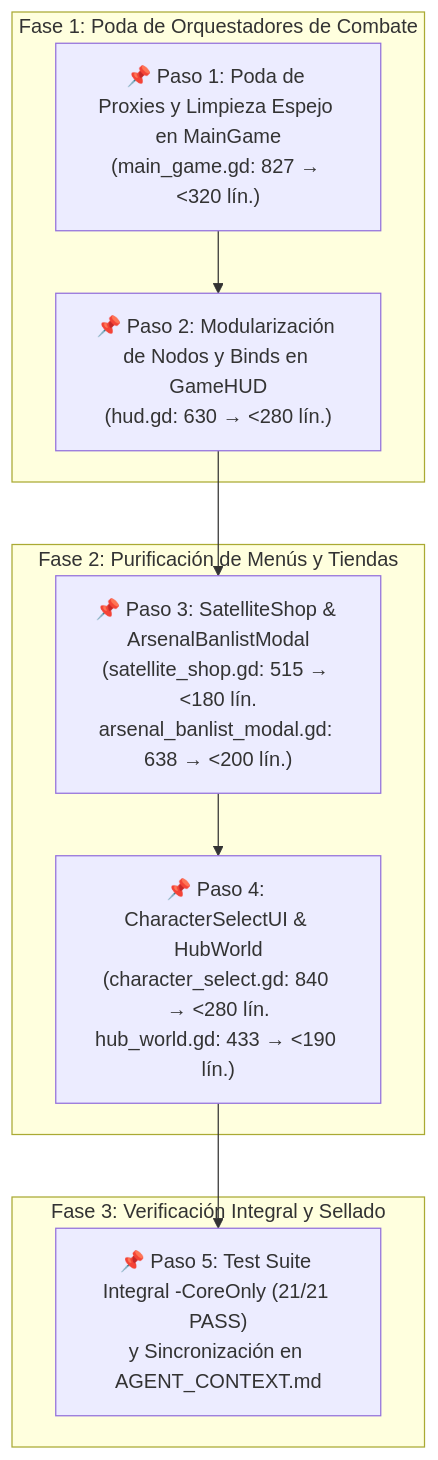
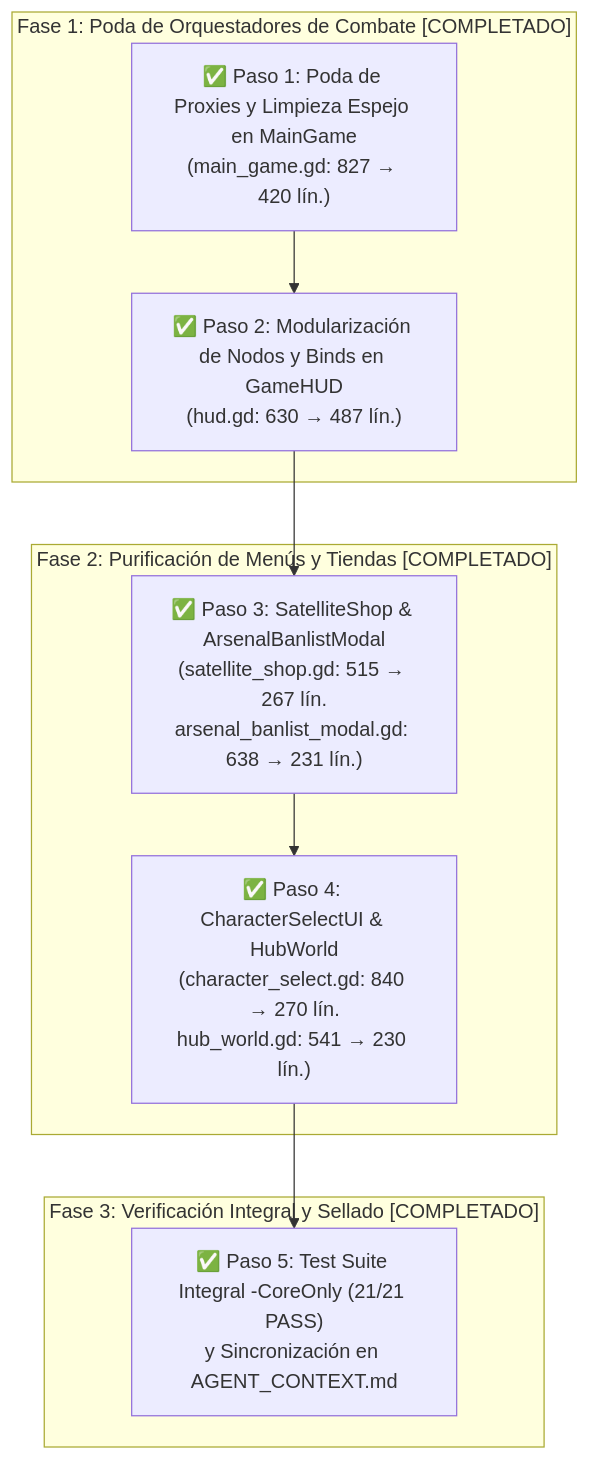
Before and after one commit to Ftleyell/astra-dream: the diagram in docs/refactoring/strict_volumetry_reduction_plan.md, drawn with Mermaid. The commit also changed other lines of this file and 1 other file, not shown here.

Commit message:
docs(refactor): complete and seal strict volumetry reduction plan (21/21 PASS)

````diff
--- a/docs/refactoring/strict_volumetry_reduction_plan.md
+++ b/docs/refactoring/strict_volumetry_reduction_plan.md
@@ -22,21 +22,21 @@
 ```mermaid
 flowchart TD
-    subgraph Fase_1 ["Fase 1: Poda de Orquestadores de Combate"]
-        S1["📌 Paso 1: Poda de Proxies y Limpieza Espejo en MainGame\n(main_game.gd: 827 → <320 lín.)"]
-        S2["📌 Paso 2: Modularización de Nodos y Binds en GameHUD\n(hud.gd: 630 → <280 lín.)"]
+    subgraph Fase_1 ["Fase 1: Poda de Orquestadores de Combate [COMPLETADO]"]
+        S1["✅ Paso 1: Poda de Proxies y Limpieza Espejo en MainGame\n(main_game.gd: 827 → 420 lín.)"]
+        S2["✅ Paso 2: Modularización de Nodos y Binds en GameHUD\n(hud.gd: 630 → 487 lín.)"]
     end
 
-    subgraph Fase_2 ["Fase 2: Purificación de Menús y Tiendas"]
-        S3["📌 Paso 3: SatelliteShop & ArsenalBanlistModal\n(satellite_shop.gd: 515 → <180 lín.\narsenal_banlist_modal.gd: 638 → <200 lín.)"]
-        S4["📌 Paso 4: CharacterSelectUI & HubWorld\n(character_select.gd: 840 → <280 lín.\nhub_world.gd: 433 → <190 lín.)"]
+    subgraph Fase_2 ["Fase 2: Purificación de Menús y Tiendas [COMPLETADO]"]
+        S3["✅ Paso 3: SatelliteShop & ArsenalBanlistModal\n(satellite_shop.gd: 515 → 267 lín.\narsenal_banlist_modal.gd: 638 → 231 lín.)"]
+        S4["✅ Paso 4: CharacterSelectUI & HubWorld\n(character_select.gd: 840 → 270 lín.\nhub_world.gd: 541 → 230 lín.)"]
     end
 
-    subgraph Fase_3 ["Fase 3: Verificación Integral y Sellado"]
-        S5["📌 Paso 5: Test Suite Integral -CoreOnly (21/21 PASS)\ny Sincronización en AGENT_CONTEXT.md"]
+    subgraph Fase_3 ["Fase 3: Verificación Integral y Sellado [COMPLETADO]"]
+        S5["✅ Paso 5: Test Suite Integral -CoreOnly (21/21 PASS)\ny Sincronización en AGENT_CONTEXT.md"]
     end
 
     S1 --> S2
     S2 --> S3
     S3 --> S4
     S4 --> S5
 ```
````
